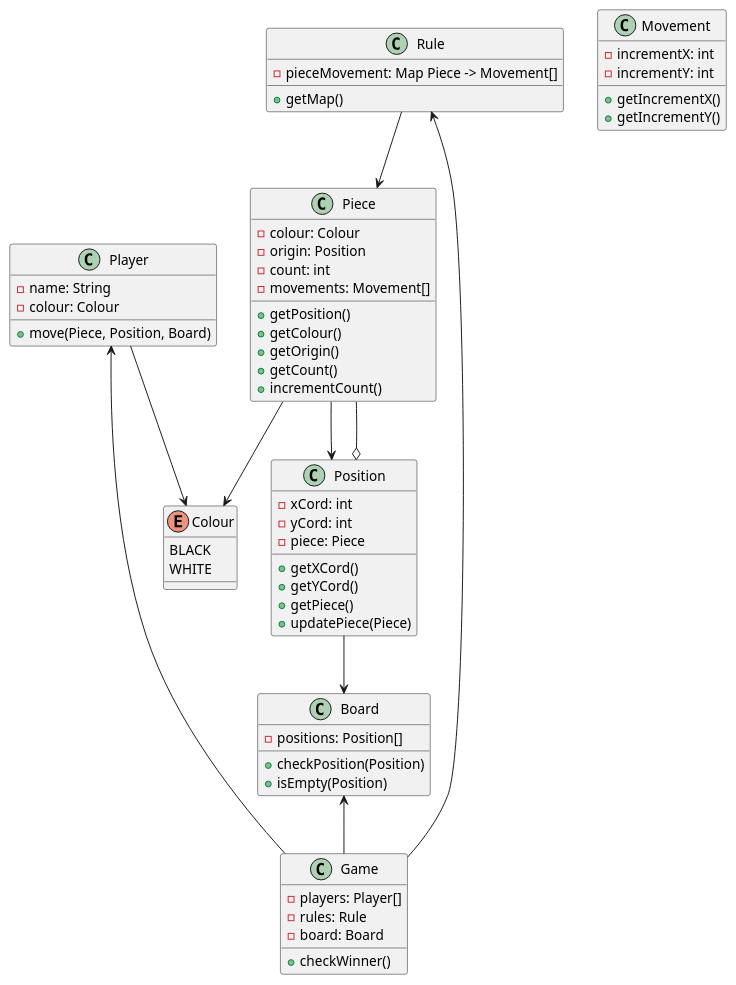
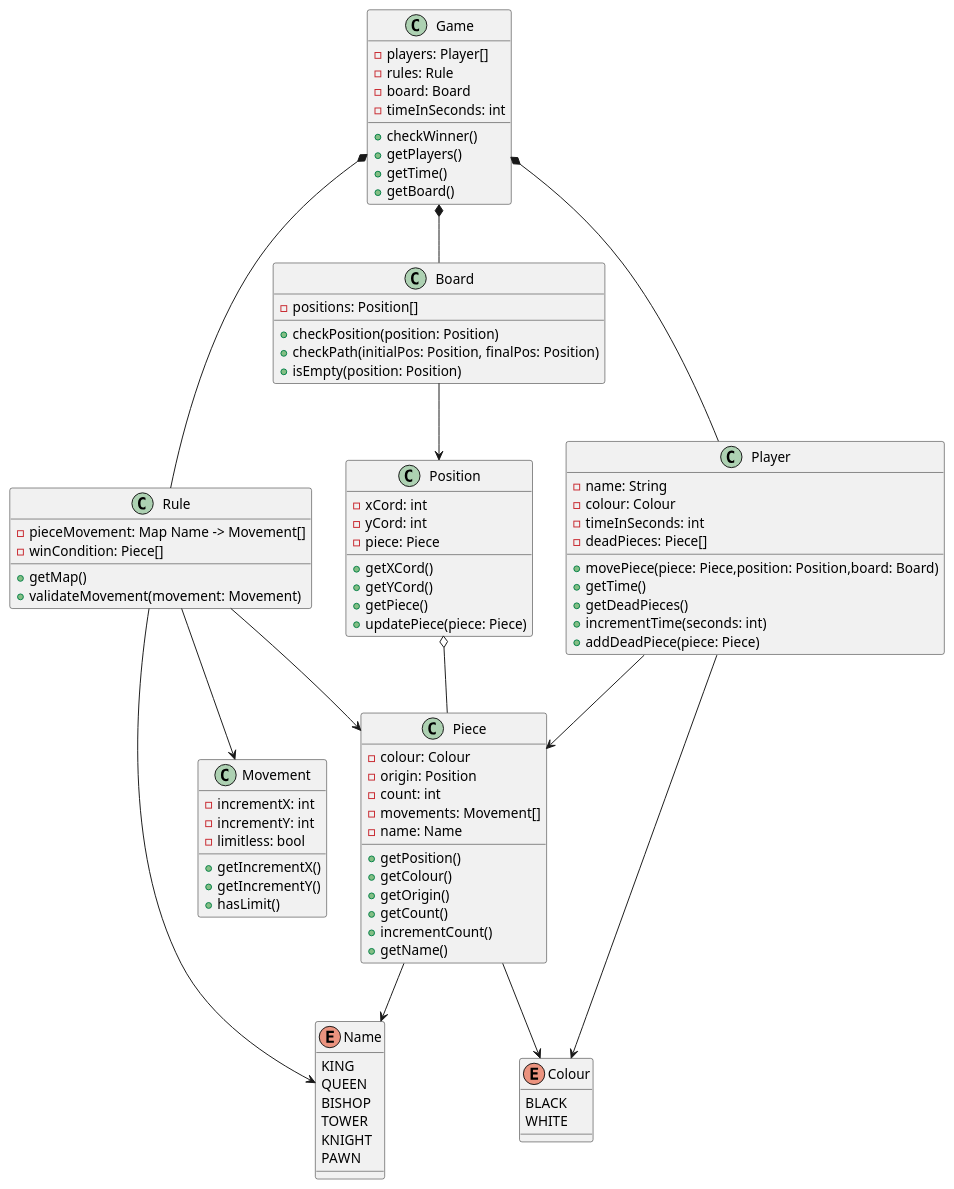
One commit to sencina/dis_sist changed the diagram in tp3/src/diagram/chess.puml. Above: the diagram before and after it, drawn with PlantUML. The commit also changed 1 other file, not shown here.

Commit message:
Finished Diagram

```diff
--- a/tp3/src/diagram/chess.puml
+++ b/tp3/src/diagram/chess.puml
@@ -1,85 +1,112 @@
 @startuml
 
 class Piece{
     - colour: Colour
     - origin: Position
     - count: int
   /'- position: Position'/
     - movements: Movement[]
+    - name: Name
     + getPosition()
     + getColour()
     + getOrigin()
     + getCount()
     + incrementCount()
+    + getName()
 }
 
+enum Name{
 
+    KING
+    QUEEN
+    BISHOP
+    TOWER
+    KNIGHT
+    PAWN
+}
 
 class Movement{
     -incrementX: int
     -incrementY: int
+    -limitless: bool
     +getIncrementX()
     +getIncrementY()
+    +hasLimit()
 }
 
 enum Colour{
     BLACK
     WHITE
 }
 
 class Rule{
-     -pieceMovement: Map Piece -> Movement[]
+     -pieceMovement: Map Name -> Movement[]
+     -winCondition: Piece[]
      +getMap()
+     +validateMovement(movement: Movement)
 }
 
 class Player{
     -name: String
     -colour: Colour
-    +move(Piece, Position, Board)
+    -timeInSeconds: int
+    -deadPieces: Piece[]
+    +movePiece(piece: Piece,position: Position,board: Board)
+    +getTime()
+    +getDeadPieces()
+    +incrementTime(seconds: int)
+    +addDeadPiece(piece: Piece)
 }
 
 class Position {
     - xCord: int
     - yCord: int
     - piece: Piece
     + getXCord()
     + getYCord()
     + getPiece()
-    + updatePiece(Piece)
+    + updatePiece(piece: Piece)
 }
 
 class Game{
 -players: Player[]
 -rules: Rule
 -board: Board
+-timeInSeconds: int
 +checkWinner()
++getPlayers()
++getTime()
++getBoard()
 }
 
 class Board{
     -positions: Position[]
-    +checkPosition(Position)
-    +isEmpty(Position)
+    +checkPosition(position: Position)
+    +checkPath(initialPos: Position, finalPos: Position)
+    +isEmpty(position: Position)
 }
 
-Player <-- Game
-Rule <-- Game
-Board <-- Game
 Rule --> Piece
 Position o-- Piece /'checkear direccion de pieza'/
-Piece-->Position
-Position --> Board
+Board --> Position
 Player --> Colour
 Piece --> Colour
+Piece --> Name
+Game *-- Player
+Game *-- Board
+Game *-- Rule
+Rule --> Name
+Rule --> Movement
+Player --> Piece
 
 /'
-
     --|> herencia
     *-- composición
     o-- agregación
     --> asosiación
     ..> dependencia
     <|.. realización/implementación
 
 '/
 
 @enduml
```
